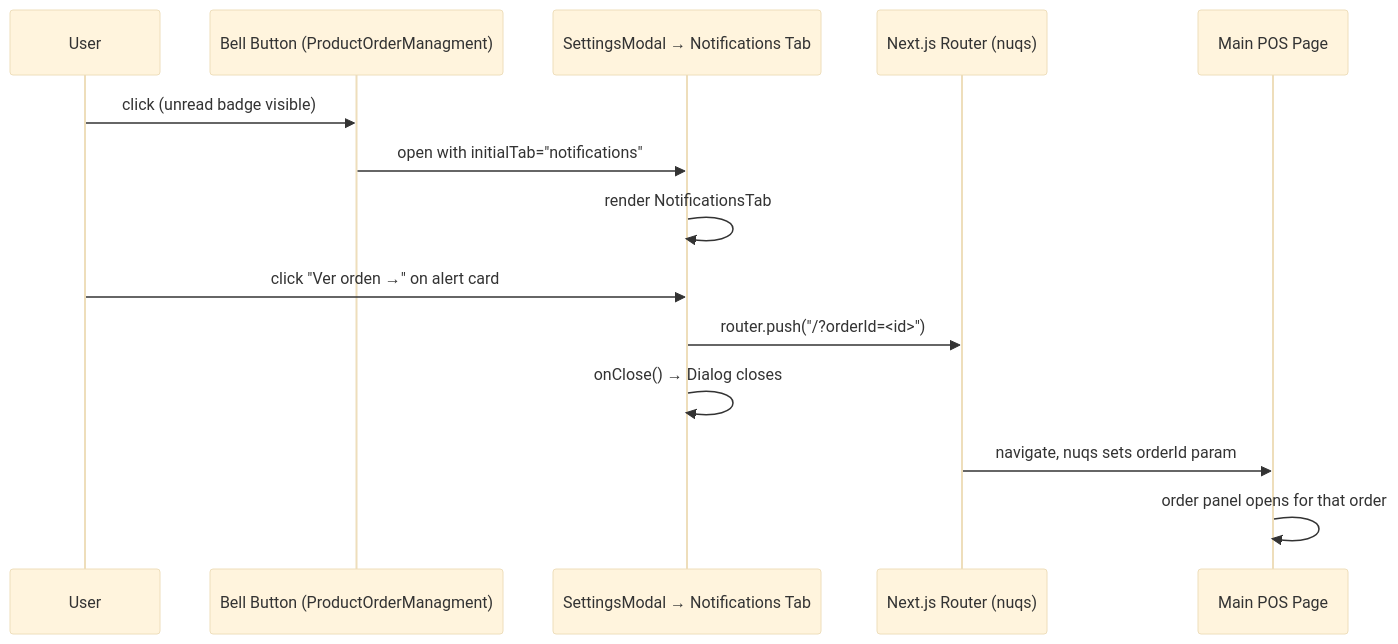
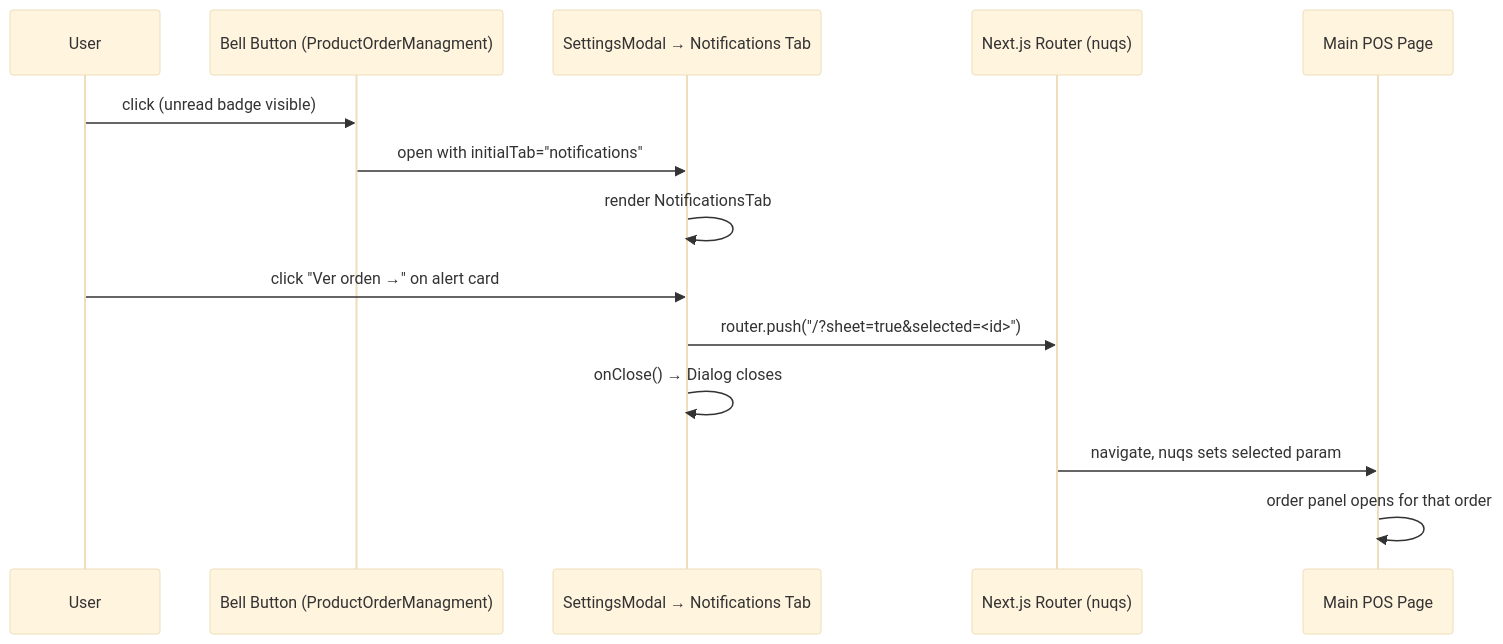
One commit to BarreraSlzr/orders_managment changed the fifth of 8 diagrams in docs/ALERTS_WEBHOOK_FLOWS.md. Above: the diagram before and after it, drawn with Mermaid (base theme). The commit also changed other lines of this file and 8 other files, not shown here.

Commit message:
feat(nuqs): unify selected/sheet/settings URL state across UI flows

````diff
--- a/docs/ALERTS_WEBHOOK_FLOWS.md
+++ b/docs/ALERTS_WEBHOOK_FLOWS.md
@@ -148,17 +148,17 @@
 ```mermaid
 sequenceDiagram
     participant User
     participant Bell as Bell Button (ProductOrderManagment)
     participant Modal as SettingsModal → Notifications Tab
     participant Router as Next.js Router (nuqs)
     participant POS as Main POS Page
 
     User->>Bell: click (unread badge visible)
     Bell->>Modal: open with initialTab="notifications"
     Modal->>Modal: render NotificationsTab
     User->>Modal: click "Ver orden →" on alert card
-    Modal->>Router: router.push("/?orderId=<id>")
+    Modal->>Router: router.push("/?sheet=true&selected=<id>")
     Modal->>Modal: onClose() → Dialog closes
-    Router->>POS: navigate, nuqs sets orderId param
+    Router->>POS: navigate, nuqs sets selected param
     POS->>POS: order panel opens for that order
 ```
````
